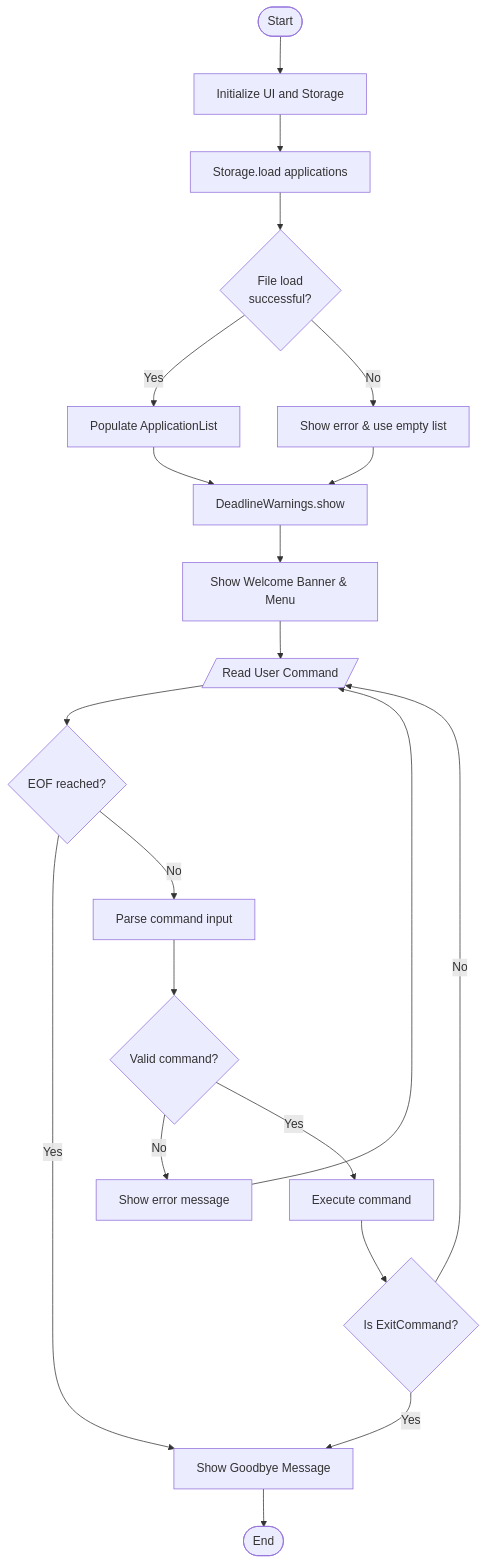
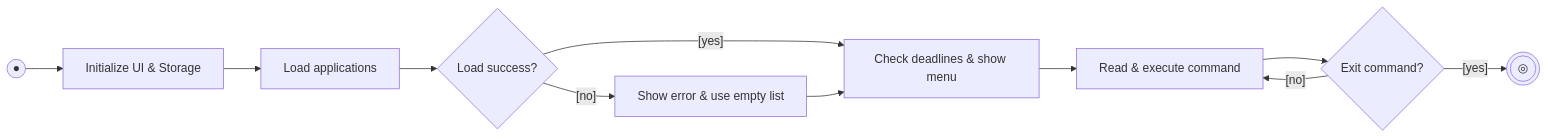
The second of 21 diagrams in docs/DeveloperGuide.md (AY2627S1-CS2113-T10-2/tp), drawn with Mermaid before and after one commit. The commit also changed other lines of this file, not shown here.

First line of the commit message:
docs: align diagrams with reference guidelines and compact activity/object layouts

````diff
--- a/docs/DeveloperGuide.md
+++ b/docs/DeveloperGuide.md
@@ -68,22 +68,12 @@
 ```mermaid
-flowchart TD
-    Start([Start]) --> Init[Initialize UI and Storage]
-    Init --> Load[Storage.load applications]
-    Load --> CheckLoad{File load<br/>successful?}
-    CheckLoad -- Yes --> Populate[Populate ApplicationList]
-    CheckLoad -- No --> Fallback[Show error & use empty list]
-    Populate --> Warnings[DeadlineWarnings.show]
-    Fallback --> Warnings
-    Warnings --> Welcome[Show Welcome Banner & Menu]
-    Welcome --> ReadCmd[/Read User Command/]
-    ReadCmd --> CheckEOF{EOF reached?}
-    CheckEOF -- Yes --> Goodbye[Show Goodbye Message]
-    CheckEOF -- No --> ParseCmd[Parse command input]
-    ParseCmd --> ValidCmd{Valid command?}
-    ValidCmd -- No --> ShowErr[Show error message] --> ReadCmd
-    ValidCmd -- Yes --> ExecCmd[Execute command]
-    ExecCmd --> CheckExit{Is ExitCommand?}
-    CheckExit -- Yes --> Goodbye
-    CheckExit -- No --> ReadCmd
-    Goodbye --> End([End])
+flowchart LR
+    Start((●)) --> Init[Initialize UI & Storage]
+    Init --> Load[Load applications]
+    Load --> CheckLoad{"Load success?"}
+    CheckLoad -- "[yes]" --> Warn[Check deadlines & show menu]
+    CheckLoad -- "[no]" --> Fallback[Show error & use empty list] --> Warn
+    Warn --> Read[Read & execute command]
+    Read --> CheckExit{"Exit command?"}
+    CheckExit -- "[no]" --> Read
+    CheckExit -- "[yes]" --> End(((◎)))
 ```
````
